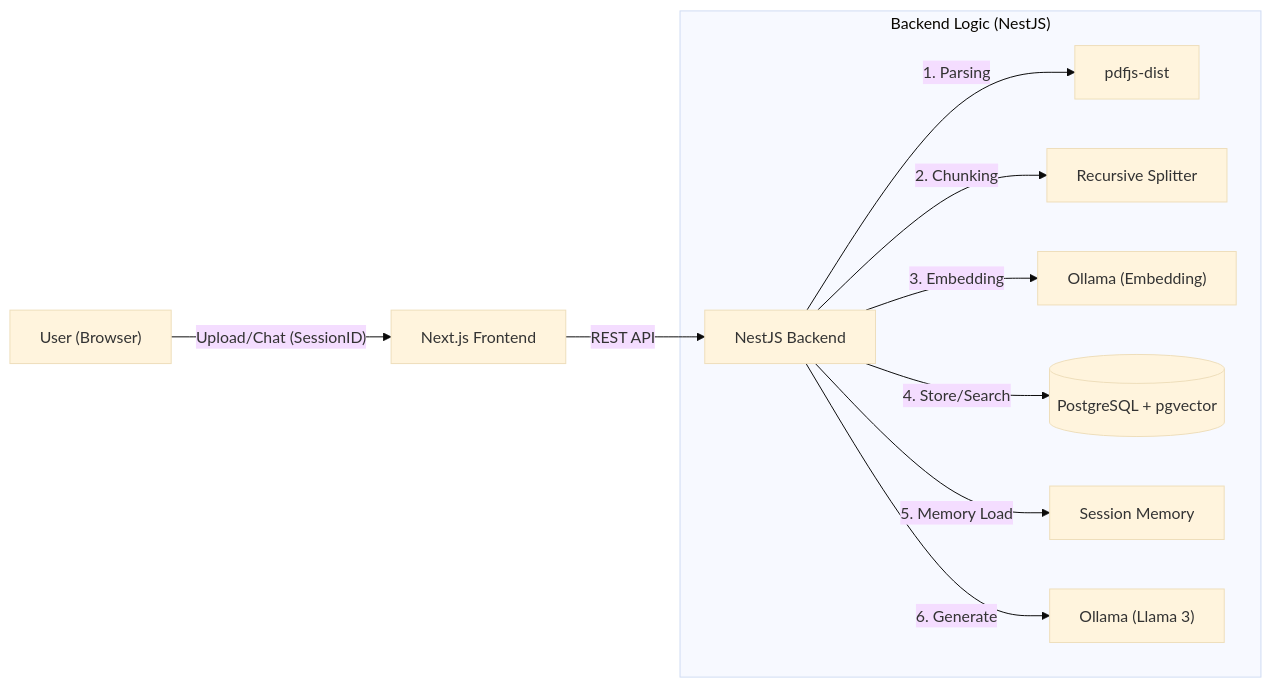
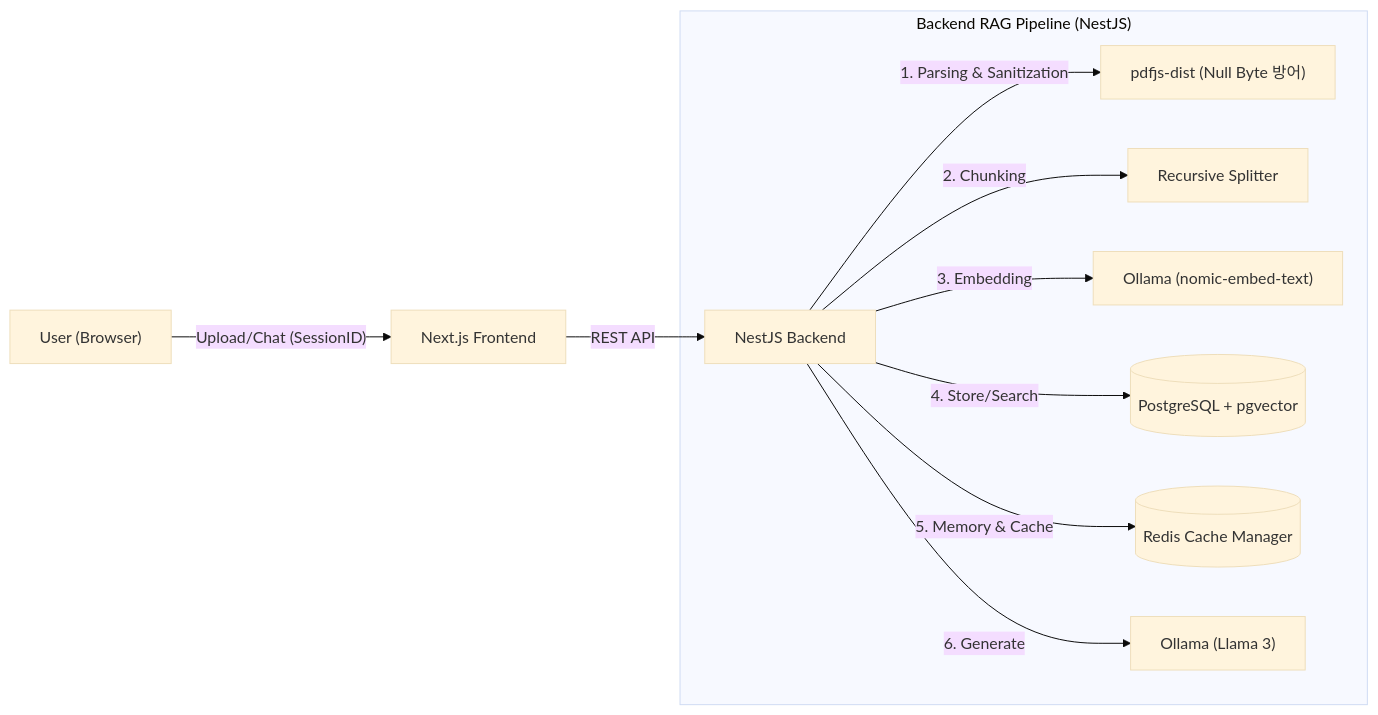
Before and after one commit to munjuin/local-ai-office-automator: the diagram in README.md, drawn with Mermaid (base theme). The commit also changed other lines of this file, not shown here.

````diff
--- a/README.md
+++ b/README.md
@@ -30,14 +31,14 @@
 ```mermaid
 graph LR
     User["User (Browser)"] -- "Upload/Chat (SessionID)" --> NextJS["Next.js Frontend"]
     NextJS -- "REST API" --> NestJS["NestJS Backend"]
 
-    subgraph "Backend Logic (NestJS)"
-        NestJS -- "1. Parsing" --> PDF["pdfjs-dist"]
+    subgraph "Backend RAG Pipeline (NestJS)"
+        NestJS -- "1. Parsing & Sanitization" --> PDF["pdfjs-dist (Null Byte 방어)"]
         NestJS -- "2. Chunking" --> Splitter["Recursive Splitter"]
-        NestJS -- "3. Embedding" --> OllamaEmbed["Ollama (Embedding)"]
+        NestJS -- "3. Embedding" --> OllamaEmbed["Ollama (nomic-embed-text)"]
         NestJS -- "4. Store/Search" --> DB[("PostgreSQL + pgvector")]
-        NestJS -- "5. Memory Load" --> History["Session Memory"]
+        NestJS -- "5. Memory & Cache" --> Redis[("Redis Cache Manager")]
         NestJS -- "6. Generate" --> LLM["Ollama (Llama 3)"]
     end
 ```
````
